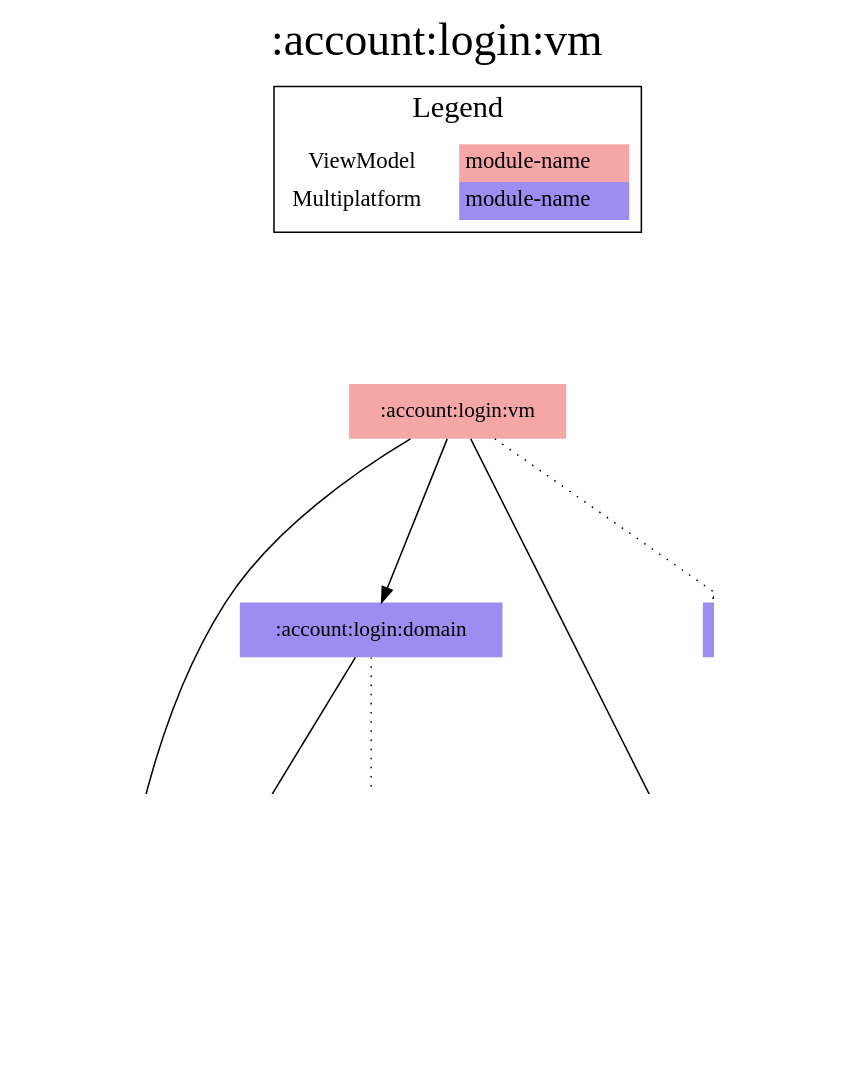
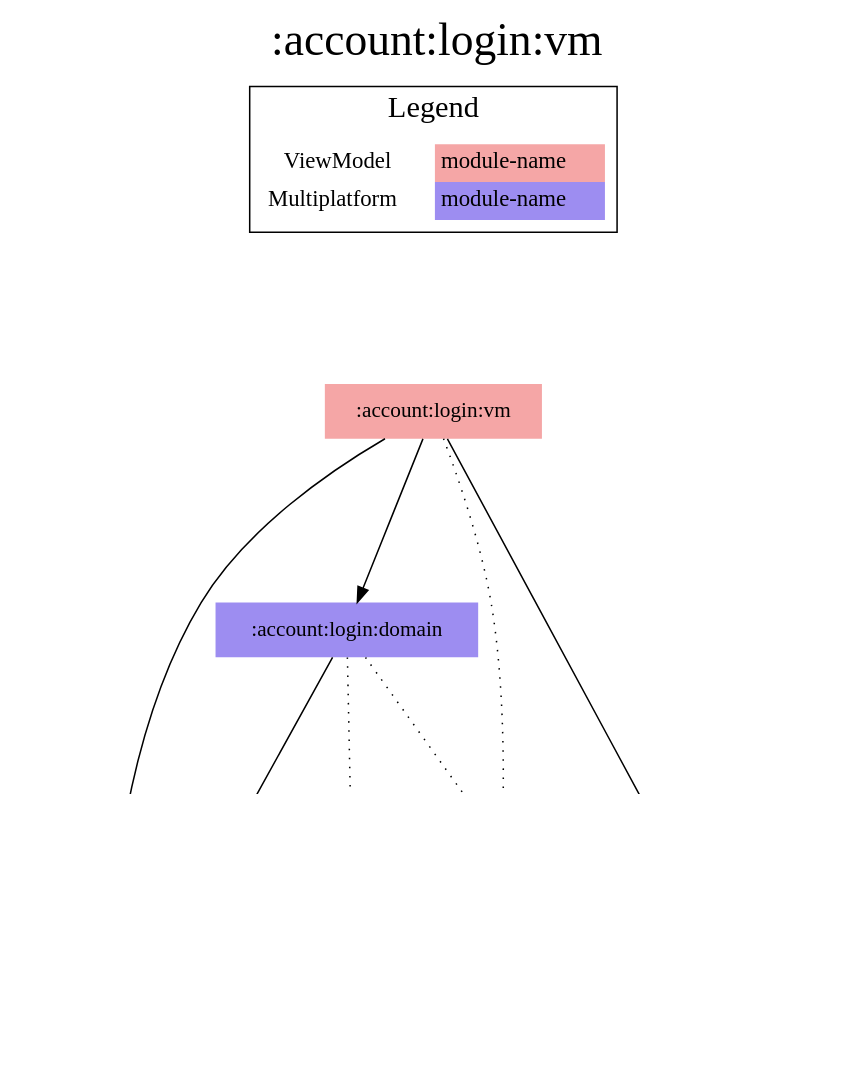
Before and after one commit to jonapoul/aktual: the diagram in modules/account/login/vm/modules.dot, drawn with Graphviz. The commit also changed 56 other files, not shown here.

```diff
--- a/modules/account/login/vm/modules.dot
+++ b/modules/account/login/vm/modules.dot
@@ -1,38 +1,40 @@
 digraph {
 edge ["dir"="forward"]
 graph ["dpi"="100","label"=":account:login:vm","labelloc"="t","fontsize"="30","ranksep"="1.5","rankdir"="TB"]
 node ["style"="filled"]
 ":account:login:domain" ["fillcolor"="#9D8DF1","shape"="none"]
 ":account:login:vm" ["fillcolor"="#F5A6A6","shape"="none"]
 ":account:model" ["fillcolor"="#9D8DF1","shape"="none"]
 ":api:actual" ["fillcolor"="#9D8DF1","shape"="none"]
 ":budget:model" ["fillcolor"="#9D8DF1","shape"="none"]
 ":codegen:annotation" ["fillcolor"="#9D8DF1","shape"="none"]
 ":core:model" ["fillcolor"="#9D8DF1","shape"="none"]
-":url:prefs" ["fillcolor"="#9D8DF1","shape"="none"]
+":prefs" ["fillcolor"="#9D8DF1","shape"="none"]
 {
 edge ["dir"="none"]
 graph ["rank"="same"]
 }
 ":account:login:domain" -> ":account:model"
 ":account:login:domain" -> ":api:actual" ["style"="dotted"]
+":account:login:domain" -> ":prefs" ["style"="dotted"]
 ":account:login:vm" -> ":account:login:domain"
 ":account:login:vm" -> ":account:model"
 ":account:login:vm" -> ":core:model"
-":account:login:vm" -> ":url:prefs" ["style"="dotted"]
+":account:login:vm" -> ":prefs" ["style"="dotted"]
 ":api:actual" -> ":account:model"
 ":api:actual" -> ":budget:model"
 ":api:actual" -> ":codegen:annotation" ["style"="dotted"]
 ":api:actual" -> ":core:model"
-":url:prefs" -> ":core:model"
+":prefs" -> ":account:model"
+":prefs" -> ":core:model"
 subgraph "cluster_legend" {
 edge ["dir"="none"]
 graph ["label"="Legend","fontsize"="20"]
 "Legend" ["style"="filled","fillcolor"="#FFFFFF","shape"="none","margin"="0","fontsize"="15","label"=<
 <TABLE BORDER="0" CELLBORDER="0" CELLSPACING="0" CELLPADDING="4">
 <TR><TD>ViewModel</TD><TD BGCOLOR="#F5A6A6">module-name</TD></TR>
 <TR><TD>Multiplatform</TD><TD BGCOLOR="#9D8DF1">module-name</TD></TR>
 </TABLE>
 >]
 } -> ":account:login:vm" ["style"="invis"]
 }
```
